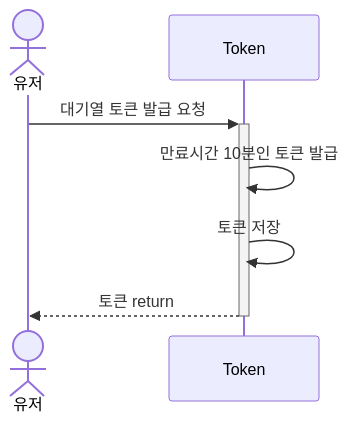
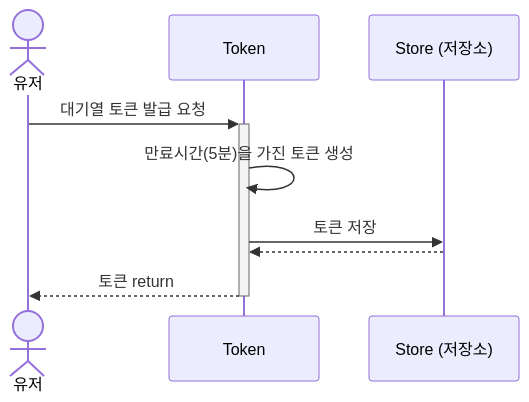
The first of 11 diagrams in docs/sequence_diagram.md (giwonn/hhplus-concert), drawn with Mermaid before and after one commit. The commit also changed other lines of this file and 3 other files, not shown here.

Commit message:
feat: 스키마 및 시퀀스 다이어그램 변경

````diff
--- a/docs/sequence_diagram.md
+++ b/docs/sequence_diagram.md
@@ -2,10 +2,12 @@
 ```mermaid
 sequenceDiagram
   actor A1 as 유저
-  participant Token as Token
+    participant Token as Token
+    participant Store as Store (저장소)
 
   A1 ->>+ Token: 대기열 토큰 발급 요청
-  Token ->> Token: 만료시간 10분인 토큰 발급
-  Token ->> Token: 토큰 저장
+  Token ->> Token: 만료시간(5분)을 가진 토큰 생성
+  Token ->> Store: 토큰 저장
+  Store -->> Token: 
   Token -->>- A1: 토큰 return
 ```
````
